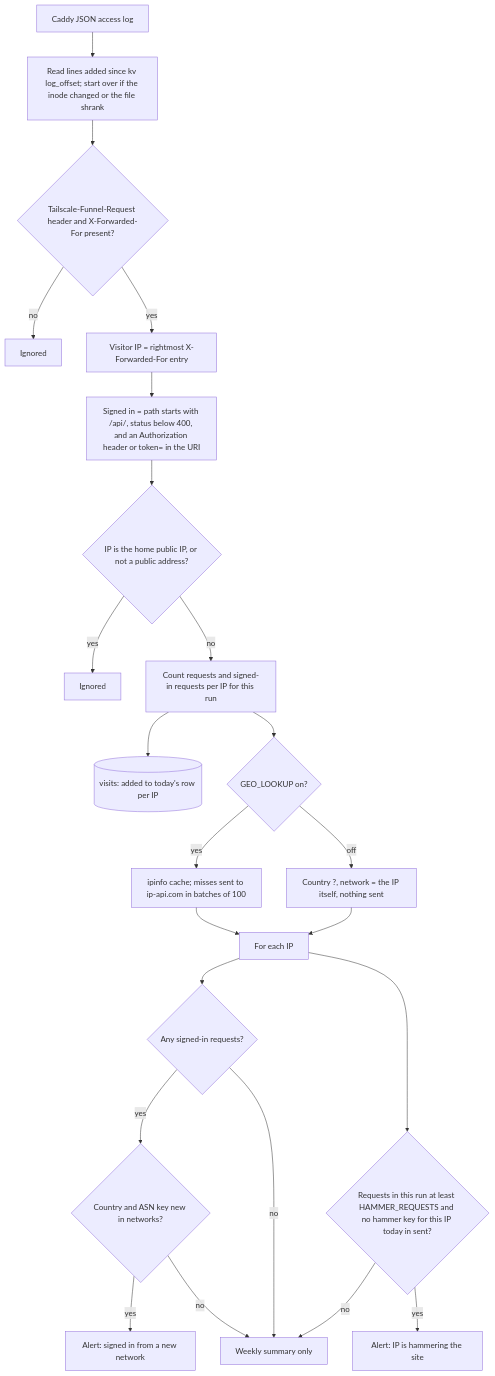
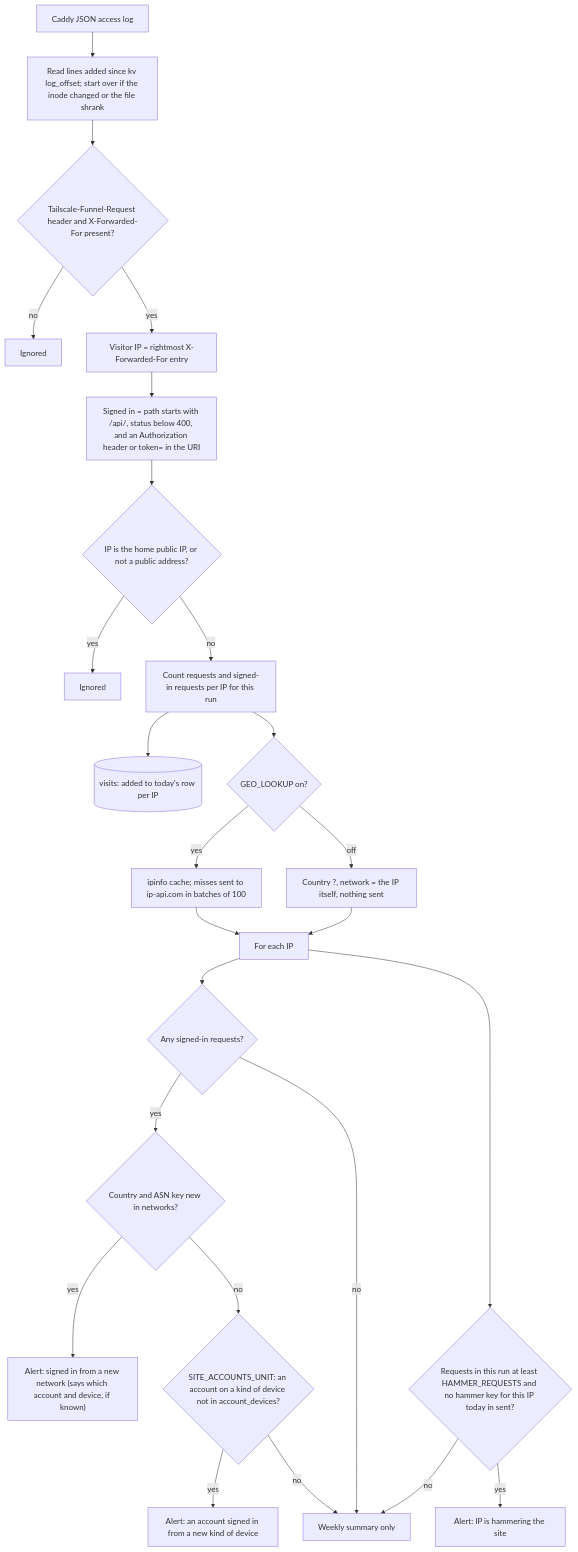
One commit to Hanegwen/home-network-watchdog changed the fourth of 4 diagrams in docs/ARCHITECTURE.md. Above: the diagram before and after it, drawn with Mermaid. The commit also changed other lines of this file and 7 other files, not shown here.

First line of the commit message:
Visitor alerts name the site account and kind of device

````diff
--- a/docs/ARCHITECTURE.md
+++ b/docs/ARCHITECTURE.md
@@ -222,25 +223,27 @@
 ```mermaid
 flowchart TD
     log["Caddy JSON access log"] --> read["Read lines added since kv log_offset; start over if the inode changed or the file shrank"]
     read --> funnel{"Tailscale-Funnel-Request header and X-Forwarded-For present?"}
     funnel -->|"no"| drop1["Ignored"]
     funnel -->|"yes"| xff["Visitor IP = rightmost X-Forwarded-For entry"]
     xff --> signed["Signed in = path starts with /api/, status below 400, and an Authorization header or token= in the URI"]
     signed --> skip{"IP is the home public IP, or not a public address?"}
     skip -->|"yes"| drop2["Ignored"]
     skip -->|"no"| count["Count requests and signed-in requests per IP for this run"]
     count --> visits[("visits: added to today's row per IP")]
     count --> geo{"GEO_LOOKUP on?"}
     geo -->|"yes"| cache["ipinfo cache; misses sent to ip-api.com in batches of 100"]
     geo -->|"off"| noip["Country ?, network = the IP itself, nothing sent"]
     cache --> each["For each IP"]
     noip --> each
     each --> s{"Any signed-in requests?"}
     s -->|"yes"| net{"Country and ASN key new in networks?"}
-    net -->|"yes"| a1["Alert: signed in from a new network"]
-    net -->|"no"| sum["Weekly summary only"]
+    net -->|"yes"| a1["Alert: signed in from a new network (says which account and device, if known)"]
+    net -->|"no"| dev{"SITE_ACCOUNTS_UNIT: an account on a kind of device not in account_devices?"}
+    dev -->|"yes"| a3["Alert: an account signed in from a new kind of device"]
+    dev -->|"no"| sum["Weekly summary only"]
     s -->|"no"| sum
     each --> h{"Requests in this run at least HAMMER_REQUESTS and no hammer key for this IP today in sent?"}
     h -->|"yes"| a2["Alert: IP is hammering the site"]
     h -->|"no"| sum
 ```
````
